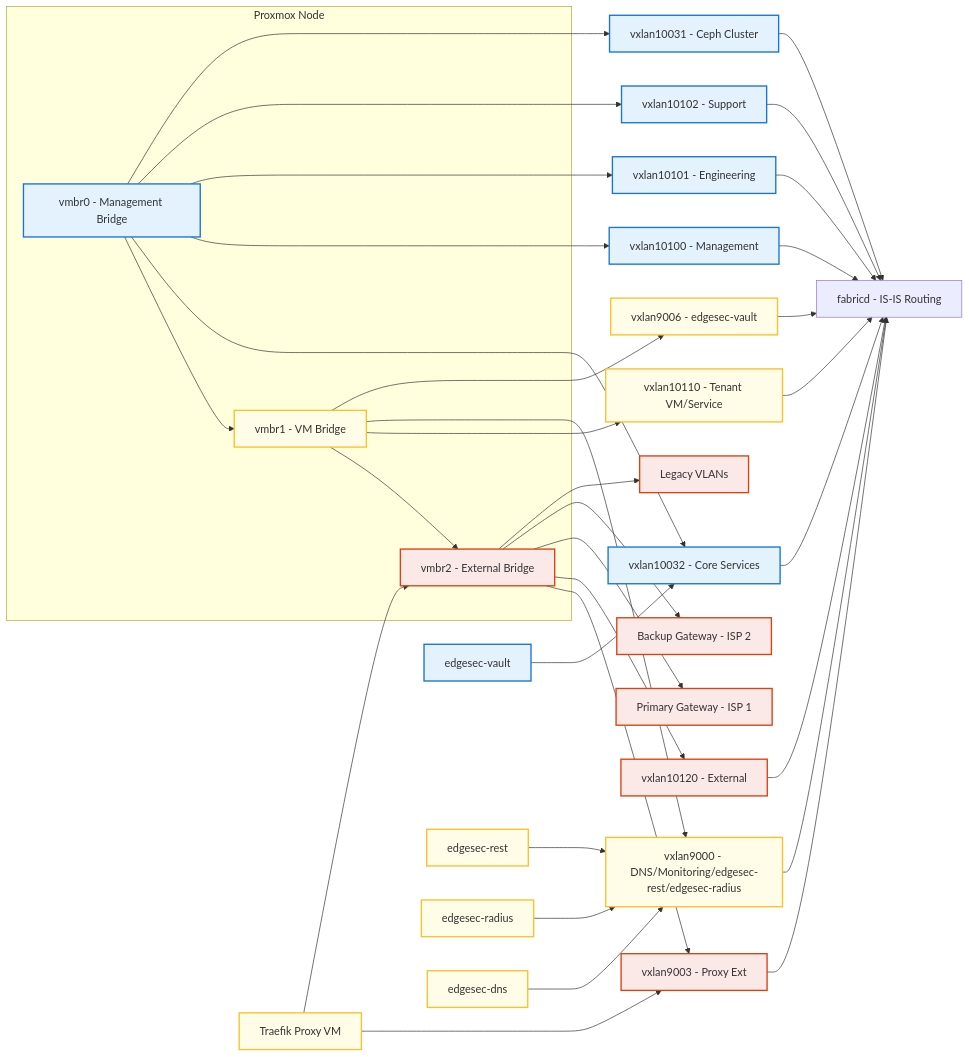
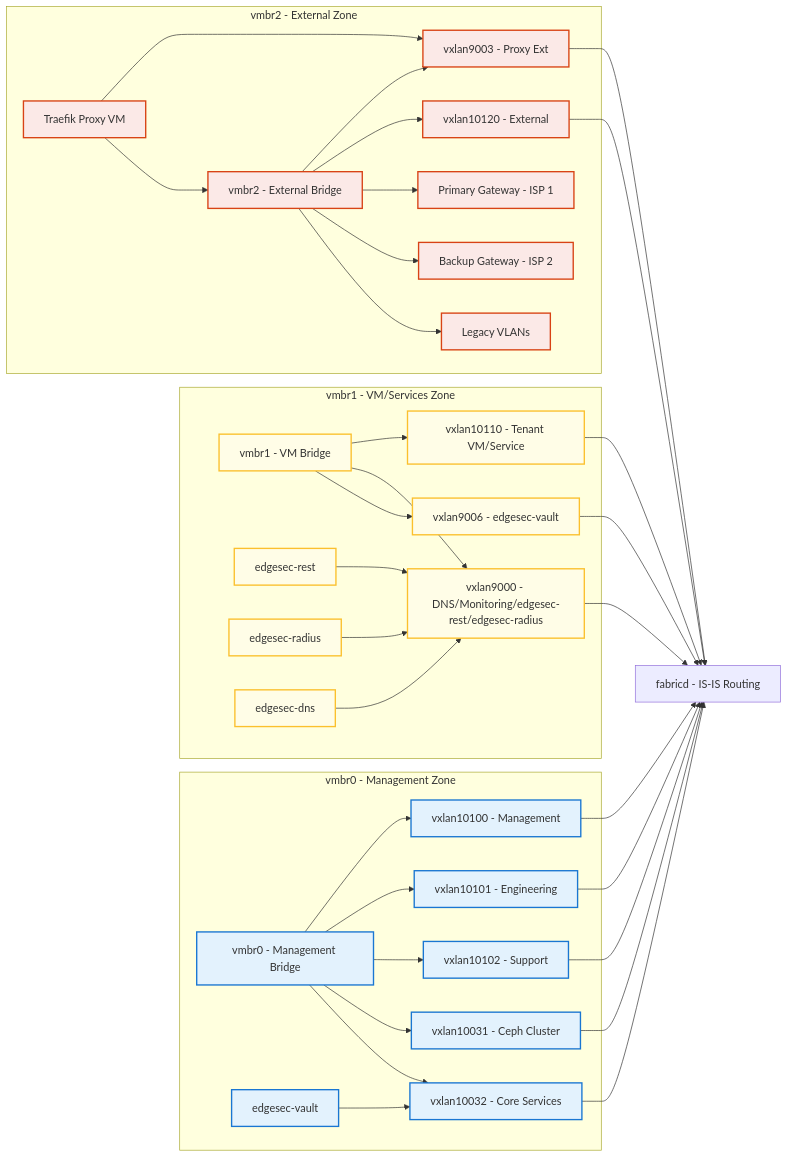
One commit to CEP-Comwell/proxmox_addons changed the diagram in README.md. Above: the diagram before and after it, drawn with Mermaid.

Commit message:
updated groupings in graph LR

````diff
--- a/README.md
+++ b/README.md
@@ -59,62 +59,60 @@
 ```mermaid
 graph LR
 
-  %% Proxmox Node grouping
-  subgraph ProxmoxNode[Proxmox Node]
+  %% Management Zone
+  subgraph MgmtZone[vmbr0 - Management Zone]
     MgmtBridge[vmbr0 - Management Bridge]
-    VMBridge[vmbr1 - VM Bridge]
-    ExtBridge[vmbr2 - External Bridge]
+    VX10100[vxlan10100 - Management]
+    VX10101[vxlan10101 - Engineering]
+    VX10102[vxlan10102 - Support]
+    VXCEPH2[vxlan10031 - Ceph Cluster]
+    VX10032[vxlan10032 - Core Services]
+    MgmtBridge --> VX10100
+    MgmtBridge --> VX10101
+    MgmtBridge --> VX10102
+    MgmtBridge --> VXCEPH2
+    MgmtBridge --> VX10032
+    VaultVM[edgesec-vault]
+    VaultVM --> VX10032
   end
 
-  %% Services
-  VaultVM[edgesec-vault]
-  RestVM[edgesec-rest]
-  RadiusVM[edgesec-radius]
-  DNSVM[edgesec-dns]
-  ProxyVM[Traefik Proxy VM]
+  %% VM/Services Zone
+  subgraph VMZone[vmbr1 - VM/Services Zone]
+    VMBridge[vmbr1 - VM Bridge]
+    VX10110[vxlan10110 - Tenant VM/Service]
+    VX9000[vxlan9000 - DNS/Monitoring/edgesec-rest/edgesec-radius]
+    VX9006[vxlan9006 - edgesec-vault]
+    VMBridge --> VX10110
+    VMBridge --> VX9000
+    VMBridge --> VX9006
+    RestVM[edgesec-rest]
+    RadiusVM[edgesec-radius]
+    DNSVM[edgesec-dns]
+    RestVM --> VX9000
+    RadiusVM --> VX9000
+    DNSVM --> VX9000
+  end
 
-  %% Overlays
-  VX10100[vxlan10100 - Management]
-  VX10101[vxlan10101 - Engineering]
-  VX10102[vxlan10102 - Support]
-  VX10110[vxlan10110 - Tenant VM/Service]
-  VX9000[vxlan9000 - DNS/Monitoring/edgesec-rest/edgesec-radius]
-  VX9006[vxlan9006 - edgesec-vault]
-  VX9003[vxlan9003 - Proxy Ext]
-  VX10120[vxlan10120 - External]
-  VXCEPH2[vxlan10031 - Ceph Cluster]
-  VX10032[vxlan10032 - Core Services]
+  %% External Zone
+  subgraph ExtZone[vmbr2 - External Zone]
+    ExtBridge[vmbr2 - External Bridge]
+    VX9003[vxlan9003 - Proxy Ext]
+    VX10120[vxlan10120 - External]
+    ExtBridge --> VX9003
+    ExtBridge --> VX10120
+    ProxyVM[Traefik Proxy VM]
+    ProxyVM --> VX9003
+    ProxyVM --> ExtBridge
+    Gateway1[Primary Gateway - ISP 1]
+    Gateway2[Backup Gateway - ISP 2]
+    LegacyVLAN[Legacy VLANs]
+    ExtBridge --> Gateway1
+    ExtBridge --> Gateway2
+    ExtBridge --> LegacyVLAN
+  end
 
-  Gateway1[Primary Gateway - ISP 1]
-  Gateway2[Backup Gateway - ISP 2]
-  LegacyVLAN[Legacy VLANs]
-
+  %% VXLANs to fabricd (global, not in subgraph)
   Fabricd[fabricd - IS-IS Routing]
-
-  %% Explicit bridge ordering
-  MgmtBridge --> VMBridge --> ExtBridge
-
-  %% Service VMs to overlays (all on vmbr1 except vault)
-  VaultVM --> VX10032
-  RestVM --> VX9000
-  RadiusVM --> VX9000
-  DNSVM --> VX9000
-  ProxyVM --> VX9003
-  ProxyVM --> ExtBridge
-  MgmtBridge --> VX10032
-
-  %% VM Bridge overlays (tenant/service and core services)
-  VMBridge --> VX10110
-  VMBridge --> VX9000
-  VMBridge --> VX9006
-
-  %% Management Bridge overlays (management, engineering, support, storage)
-  MgmtBridge --> VX10100
-  MgmtBridge --> VX10101
-  MgmtBridge --> VX10102
-  MgmtBridge --> VXCEPH2
-
-  %% VXLANs to fabricd
   VX10100 --> Fabricd
   VX10101 --> Fabricd
   VX10102 --> Fabricd
@@ -126,17 +124,6 @@
   VXCEPH2 --> Fabricd
   VX10032 --> Fabricd
 
-  %% External Bridge overlays (external, proxy_ext)
-  ExtBridge --> VX9003
-  ExtBridge --> VX10120
-
-  %% External Bridge to Gateways
-  ExtBridge --> Gateway1
-  ExtBridge --> Gateway2
-
-  %% External Bridge to Legacy VLANs
-  ExtBridge --> LegacyVLAN
-
   %% Custom bridge colors
   classDef mgmt fill:#e3f2fd,stroke:#1976d2,stroke-width:2px;
   classDef vm fill:#fffde7,stroke:#fbc02d,stroke-width:2px;
@@ -144,6 +131,6 @@
   classDef proxy fill:#e8f5e9,stroke:#388e3c,stroke-width:2px;
 
   class MgmtBridge,VaultVM,VX10100,VX10101,VX10102,VXCEPH2,VX10032 mgmt;
-  class VMBridge,RestVM,RadiusVM,DNSVM,ProxyVM,VX10110,VX9000,VX9006 vm;
-  class ExtBridge,Gateway1,Gateway2,LegacyVLAN,VX9003,VX10120 ext;
+  class VMBridge,RestVM,RadiusVM,DNSVM,VX10110,VX9000,VX9006 vm;
+  class ExtBridge,ProxyVM,Gateway1,Gateway2,LegacyVLAN,VX9003,VX10120 ext;
 ```
````
